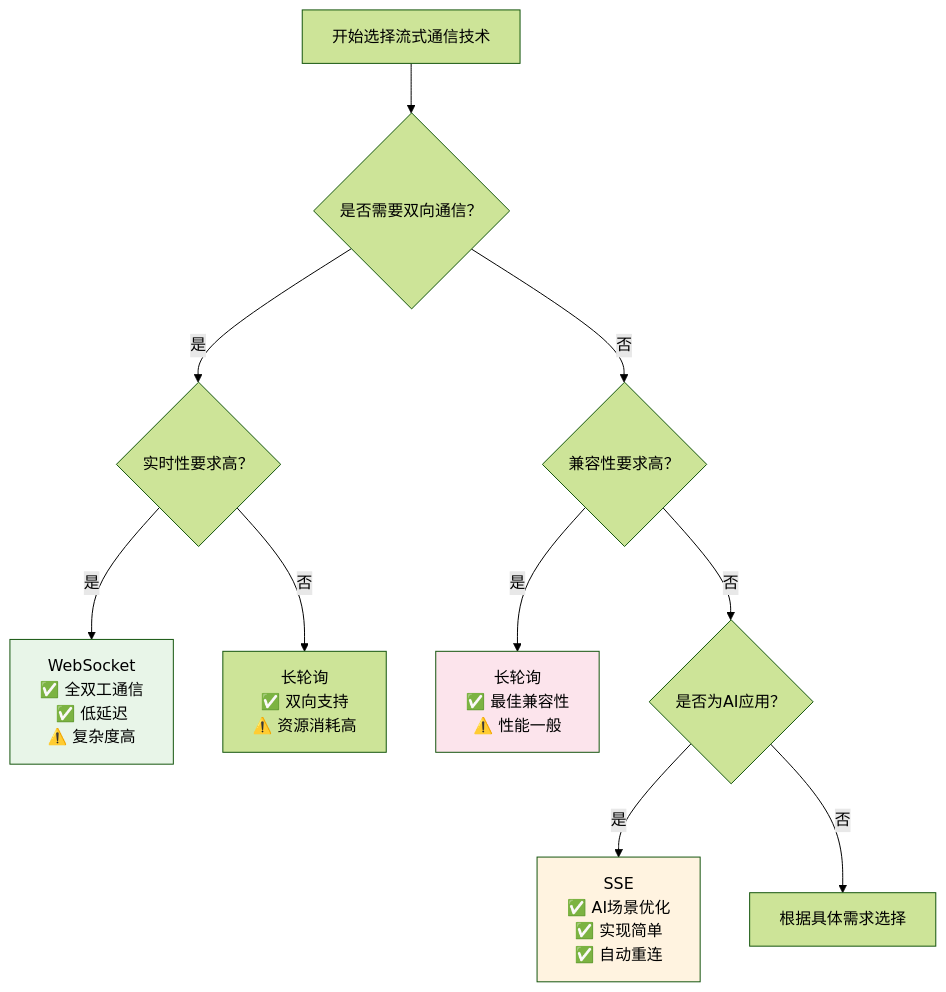
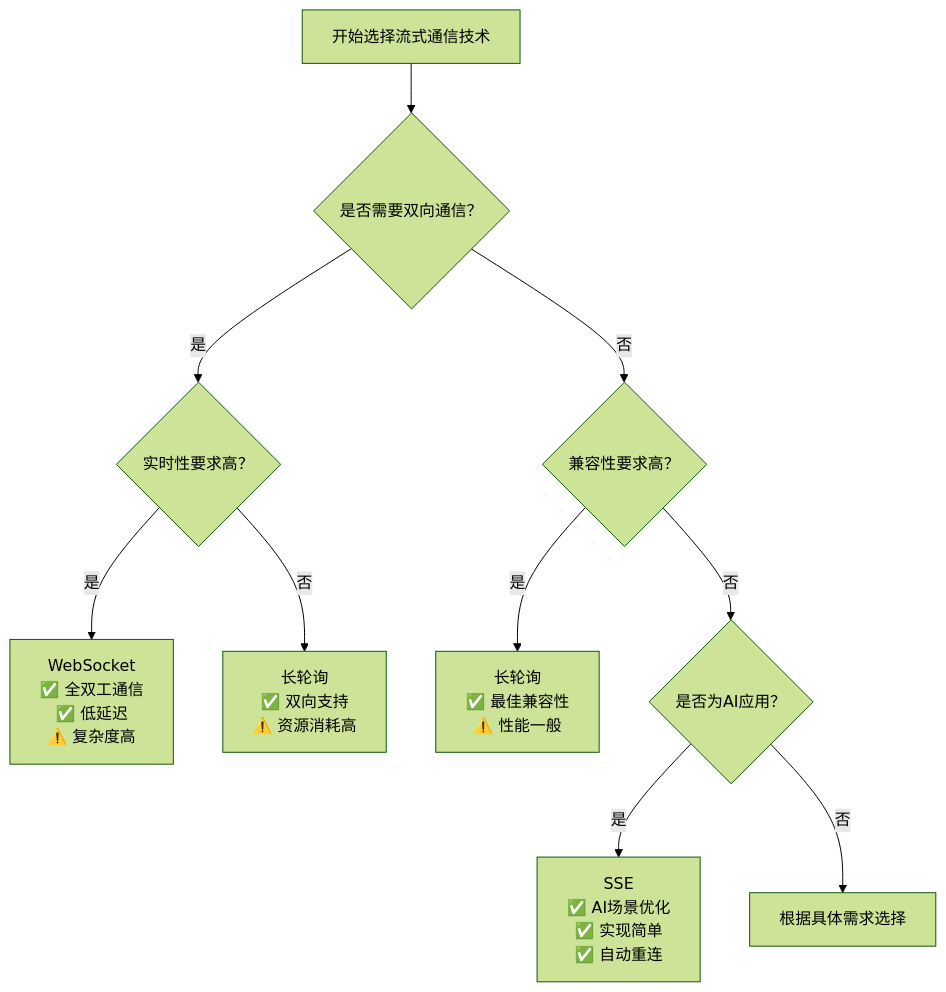
One commit to youyoude/agi-app-dev-guide-book changed the first of 2 diagrams in 第二部分_AGI应用的开发基础/2.1_流式通信/2.1.1_流式通信基础与应用场景.md. Above: the diagram before and after it, drawn with Mermaid (forest theme). The commit also changed other lines of this file and 4 other files, not shown here.

````diff
--- a/第二部分_AGI应用的开发基础/2.1_流式通信/2.1.1_流式通信基础与应用场景.md
+++ b/第二部分_AGI应用的开发基础/2.1_流式通信/2.1.1_流式通信基础与应用场景.md
@@ -313,19 +313,16 @@
 ```mermaid
 flowchart TD
     A[开始选择流式通信技术] --> B{是否需要双向通信？}
     B -->|是| C{实时性要求高？}
     B -->|否| D{兼容性要求高？}
     
     C -->|是| E[WebSocket<br/>✅ 全双工通信<br/>✅ 低延迟<br/>⚠️ 复杂度高]
     C -->|否| F[长轮询<br/>✅ 双向支持<br/>⚠️ 资源消耗高]
     
     D -->|是| G[长轮询<br/>✅ 最佳兼容性<br/>⚠️ 性能一般]
     D -->|否| H{是否为AI应用？}
     
     H -->|是| I[SSE<br/>✅ AI场景优化<br/>✅ 实现简单<br/>✅ 自动重连]
     H -->|否| J[根据具体需求选择]
     
-    style E fill:#e8f5e8
-    style I fill:#fff3e0
-    style G fill:#fce4ec
 ```
````
